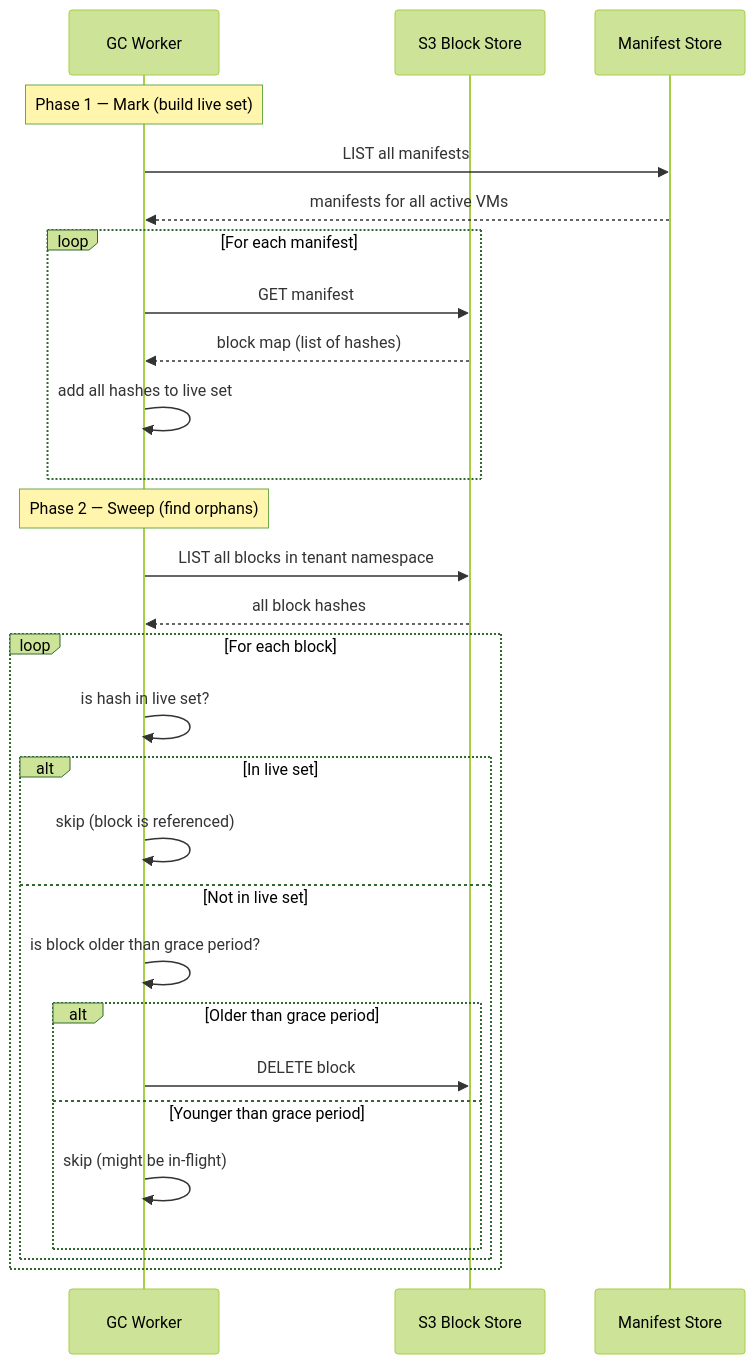
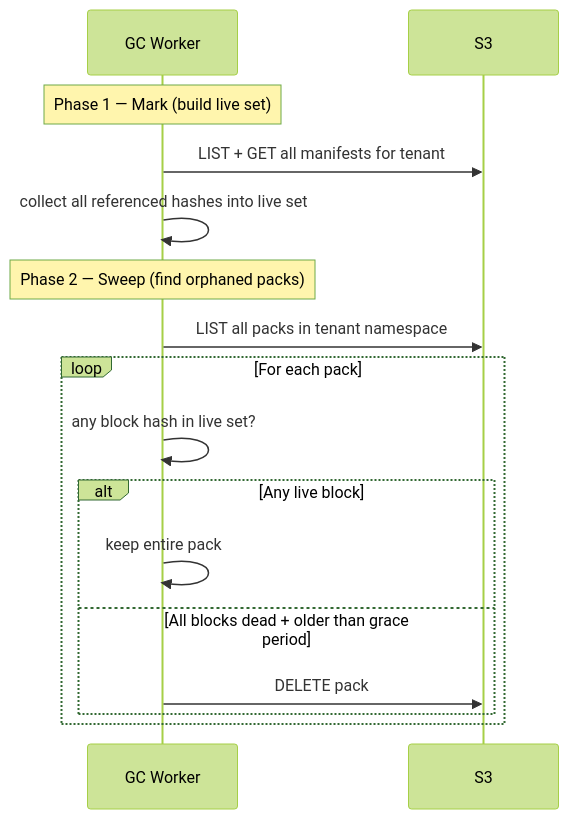
Diagram 13 of 13 in GLIDEv2.md (paraglidehq/glidefs), drawn with Mermaid (forest theme) before and after one commit. The commit also changed other lines of this file, not shown here.

````diff
--- a/GLIDEv2.md
+++ b/GLIDEv2.md
@@ -892,34 +835,21 @@
 ```mermaid
 sequenceDiagram
     participant GC as GC Worker
-    participant S3 as S3 Block Store
-    participant MAN as Manifest Store
+    participant S3 as S3
 
     Note over GC: Phase 1 — Mark (build live set)
-    GC->>MAN: LIST all manifests
-    MAN-->>GC: manifests for all active VMs
+    GC->>S3: LIST + GET all manifests for tenant
+    GC->>GC: collect all referenced hashes into live set
 
-    loop For each manifest
-        GC->>S3: GET manifest
-        S3-->>GC: block map (list of hashes)
-        GC->>GC: add all hashes to live set
-    end
+    Note over GC: Phase 2 — Sweep (find orphaned packs)
+    GC->>S3: LIST all packs in tenant namespace
 
-    Note over GC: Phase 2 — Sweep (find orphans)
-    GC->>S3: LIST all blocks in tenant namespace
-    S3-->>GC: all block hashes
-
-    loop For each block
-        GC->>GC: is hash in live set?
-        alt In live set
-            GC->>GC: skip (block is referenced)
-        else Not in live set
-            GC->>GC: is block older than grace period?
-            alt Older than grace period
-                GC->>S3: DELETE block
-            else Younger than grace period
-                GC->>GC: skip (might be in-flight)
-            end
+    loop For each pack
+        GC->>GC: any block hash in live set?
+        alt Any live block
+            GC->>GC: keep entire pack
+        else All blocks dead + older than grace period
+            GC->>S3: DELETE pack
         end
     end
 ```
````
